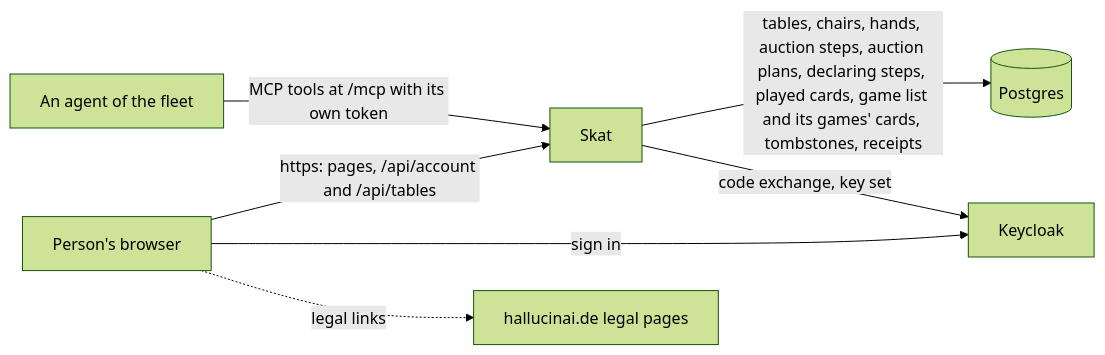
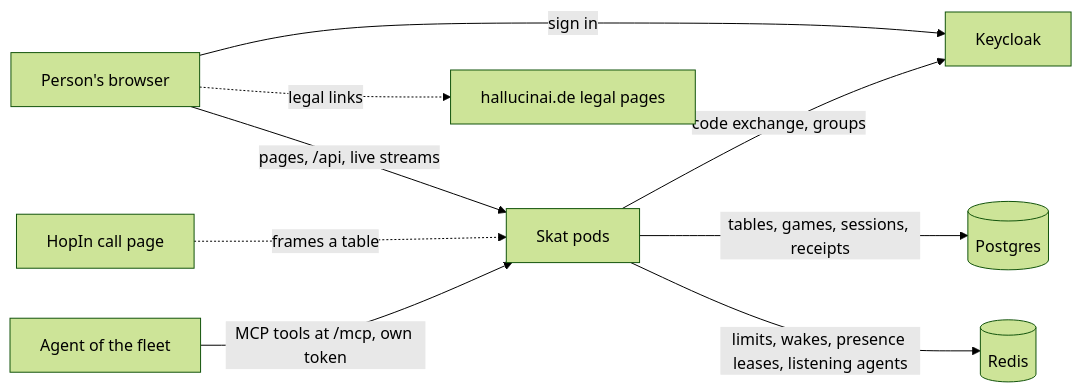
The first of 3 diagrams in docs/ARCHITECTURE.md (overnightworks/skat), drawn with Mermaid (forest theme) before and after one commit. The commit also changed other lines of this file and 2 other files, not shown here.

First line of the commit message:
The architecture overview is a mental model and the README says what Skat is today

````diff
--- a/docs/ARCHITECTURE.md
+++ b/docs/ARCHITECTURE.md
@@ -7,9 +11,11 @@
 ```mermaid
 flowchart LR
-    person["Person's browser"] -->|"https: pages, /api/account and /api/tables"| skat["Skat"]
+    person["Person's browser"] -->|"pages, /api, live streams"| skat["Skat pods"]
+    call["HopIn call page"] -.->|"frames a table"| skat
+    agent["Agent of the fleet"] -->|"MCP tools at /mcp, own token"| skat
     person -->|"sign in"| keycloak["Keycloak"]
-    agent["An agent of the fleet"] -->|"MCP tools at /mcp with its own token"| skat
-    skat -->|"tables, chairs, hands, auction steps, auction plans, declaring steps, played cards, game list and its games' cards, tombstones, receipts"| database[("Postgres")]
-    skat -->|"code exchange, key set"| keycloak
+    skat -->|"code exchange, groups"| keycloak
+    skat -->|"tables, games, sessions, receipts"| postgres[("Postgres")]
+    skat -->|"limits, wakes, presence leases, listening agents"| redis[("Redis")]
     person -.->|"legal links"| legal["hallucinai.de legal pages"]
 ```
````
